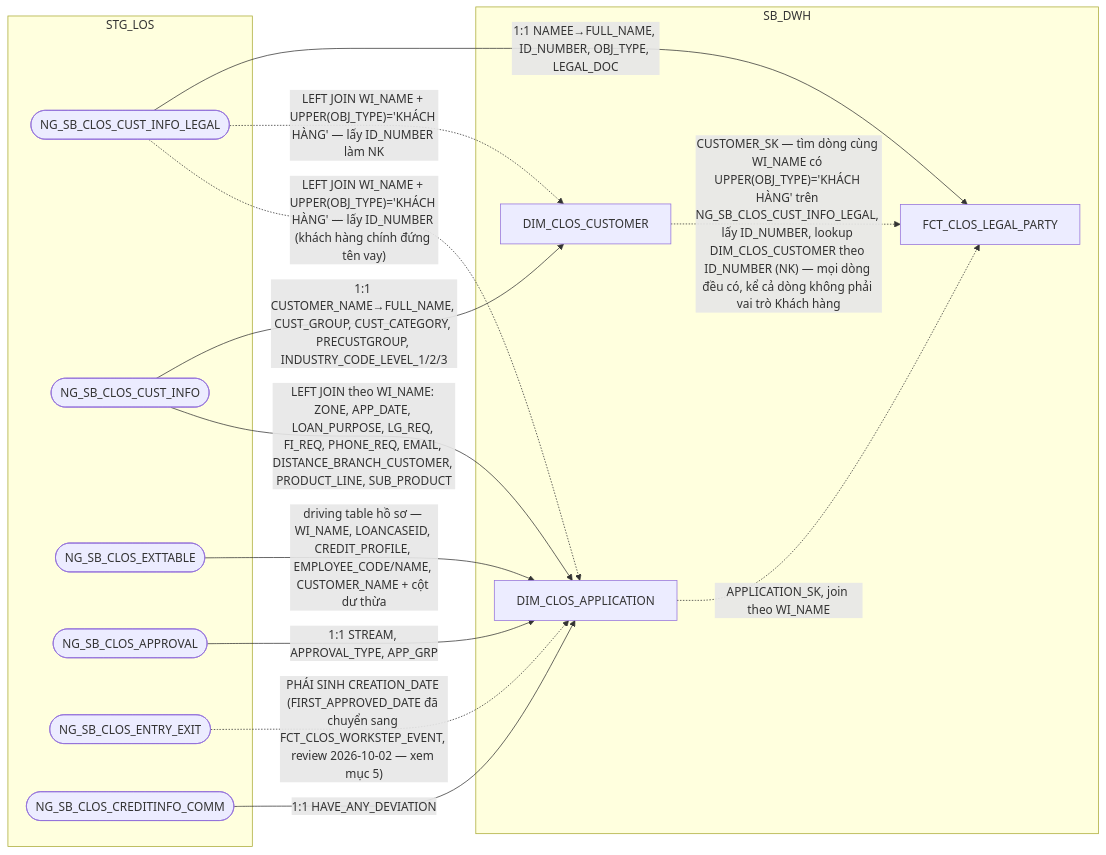
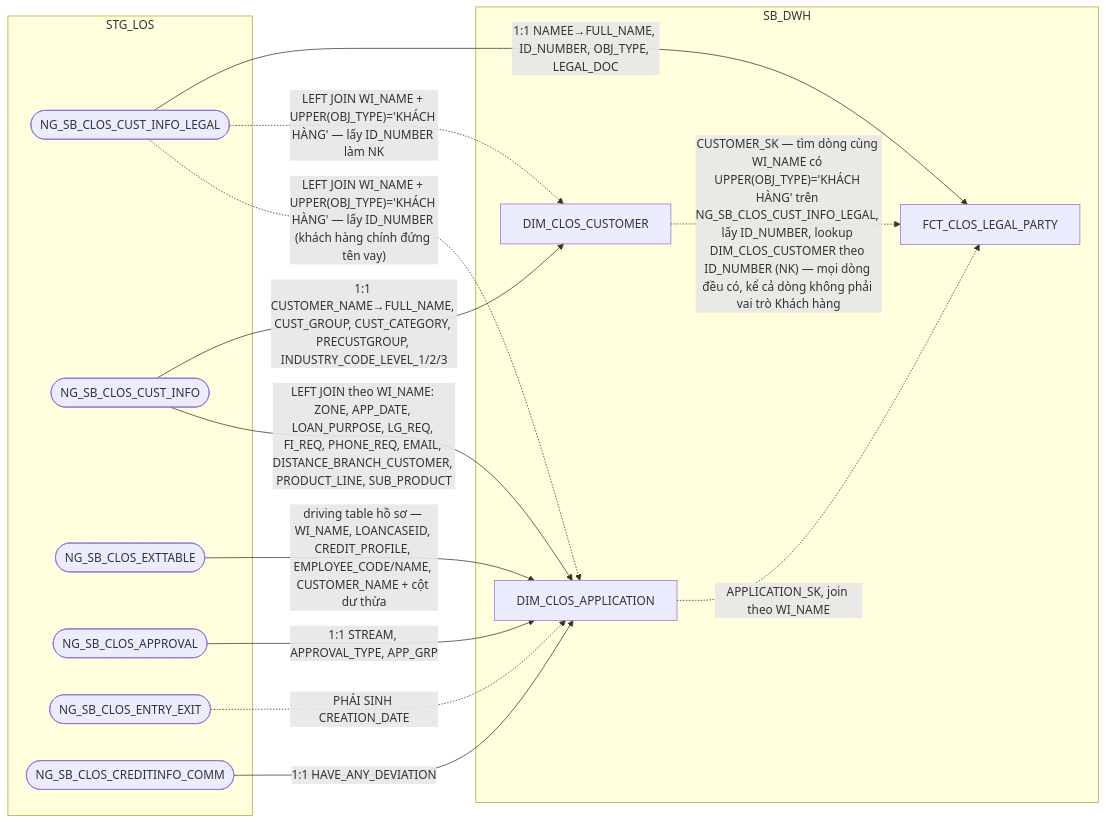
The sixth of 14 diagrams in hld/hld_review/HLD_FCT_SB_DWH_review.md (chien1198/sb-mapping-gen), drawn with Mermaid before and after one commit. The commit also changed other lines of this file and 9 other files, not shown here.

````diff
--- a/hld/hld_review/HLD_FCT_SB_DWH_review.md
+++ b/hld/hld_review/HLD_FCT_SB_DWH_review.md
@@ -446,27 +446,27 @@
 ```mermaid
 flowchart LR
     subgraph STG_LOS
         A(["NG_SB_CLOS_CUST_INFO_LEGAL"])
         CI(["NG_SB_CLOS_CUST_INFO"])
         EX(["NG_SB_CLOS_EXTTABLE"])
         AR(["NG_SB_CLOS_APPROVAL"])
         EE(["NG_SB_CLOS_ENTRY_EXIT"])
         CM(["NG_SB_CLOS_CREDITINFO_COMM"])
     end
     subgraph SB_DWH
         K["DIM_CLOS_CUSTOMER"]
         AP["DIM_CLOS_APPLICATION"]
         E["FCT_CLOS_LEGAL_PARTY"]
     end
     A -->|1:1 NAMEE→FULL_NAME, ID_NUMBER, OBJ_TYPE, LEGAL_DOC| E
     K -.->|"CUSTOMER_SK — tìm dòng cùng WI_NAME có UPPER(OBJ_TYPE)='KHÁCH HÀNG' trên NG_SB_CLOS_CUST_INFO_LEGAL, lấy ID_NUMBER, lookup DIM_CLOS_CUSTOMER theo ID_NUMBER (NK) — mọi dòng đều có, kể cả dòng không phải vai trò Khách hàng"| E
     AP -.->|"APPLICATION_SK, join theo WI_NAME"| E
     CI -->|"1:1 CUSTOMER_NAME→FULL_NAME, CUST_GROUP, CUST_CATEGORY, PRECUSTGROUP, INDUSTRY_CODE_LEVEL_1/2/3"| K
     A -.->|"LEFT JOIN WI_NAME + UPPER(OBJ_TYPE)='KHÁCH HÀNG' — lấy ID_NUMBER làm NK"| K
     EX -->|"driving table hồ sơ — WI_NAME, LOANCASEID, CREDIT_PROFILE, EMPLOYEE_CODE/NAME, CUSTOMER_NAME + cột dư thừa"| AP
     CI -->|"LEFT JOIN theo WI_NAME: ZONE, APP_DATE, LOAN_PURPOSE, LG_REQ, FI_REQ, PHONE_REQ, EMAIL, DISTANCE_BRANCH_CUSTOMER, PRODUCT_LINE, SUB_PRODUCT"| AP
     A -.->|"LEFT JOIN WI_NAME + UPPER(OBJ_TYPE)='KHÁCH HÀNG' — lấy ID_NUMBER (khách hàng chính đứng tên vay)"| AP
     AR -->|1:1 STREAM, APPROVAL_TYPE, APP_GRP| AP
-    EE -.->|"PHÁI SINH CREATION_DATE (FIRST_APPROVED_DATE đã chuyển sang FCT_CLOS_WORKSTEP_EVENT, review 2026-10-02 — xem mục 5)"| AP
+    EE -.->|"PHÁI SINH CREATION_DATE"| AP
     CM -->|1:1 HAVE_ANY_DEVIATION| AP
 ```
````
